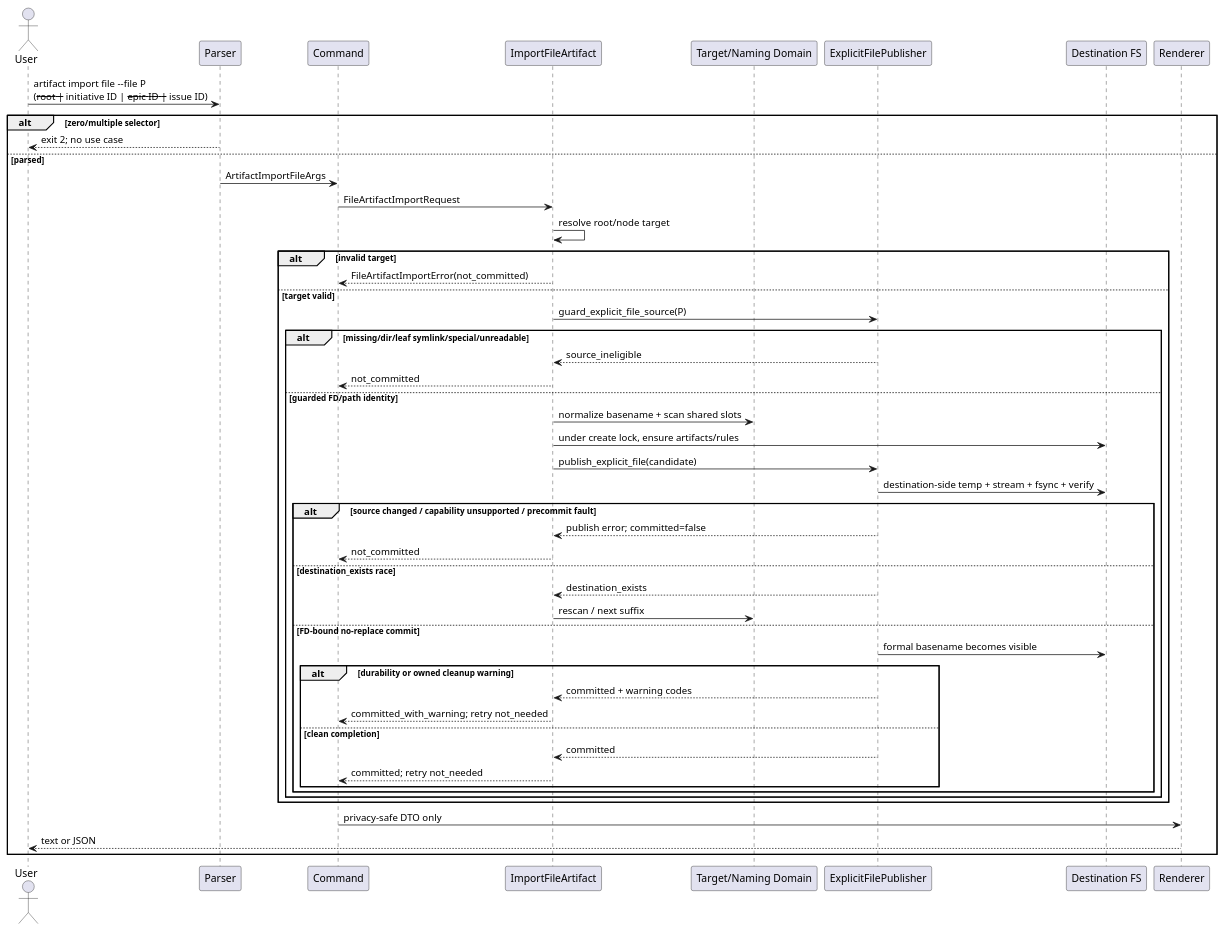
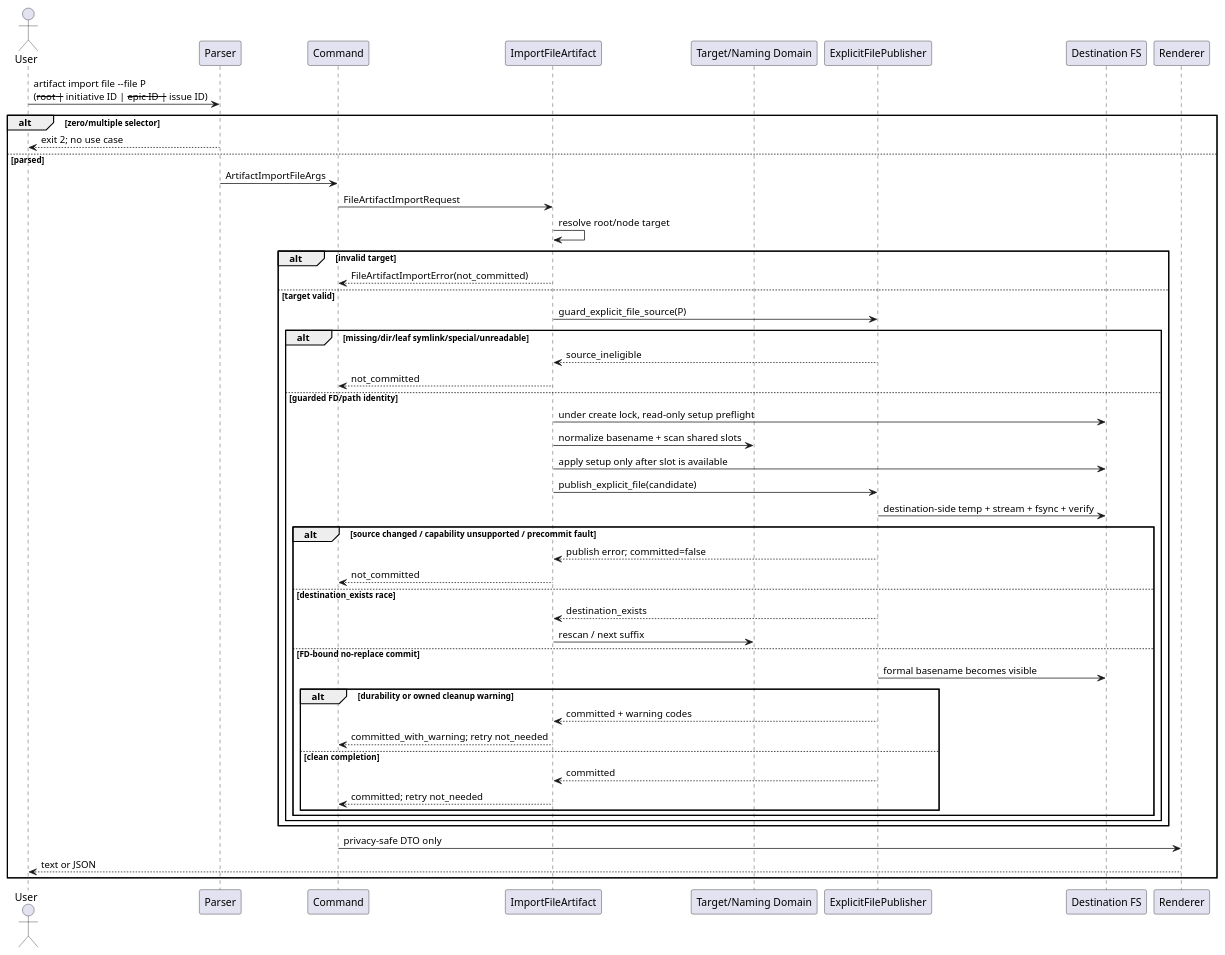
The second of 3 diagrams in spec-dock/initiatives/init-local-00002-prototype-feature-expansion/epics/epic-00343-workbench-shell-and-explicit-file-artifact-import/issues/iss-00345-generic-single-file-artifact-import/design.md (chemitaro/spec-dock), drawn with PlantUML before and after one commit. The commit also changed other lines of this file and 2 other files, not shown here.

````diff
--- a/spec-dock/initiatives/init-local-00002-prototype-feature-expansion/epics/epic-00343-workbench-shell-and-explicit-file-artifact-import/issues/iss-00345-generic-single-file-artifact-import/design.md
+++ b/spec-dock/initiatives/init-local-00002-prototype-feature-expansion/epics/epic-00343-workbench-shell-and-explicit-file-artifact-import/issues/iss-00345-generic-single-file-artifact-import/design.md
@@ -576,53 +600,54 @@
 ```plantuml
 @startuml
 actor User
 participant Parser
 participant Command
 participant "ImportFileArtifact" as App
 participant "Target/Naming Domain" as Domain
 participant "ExplicitFilePublisher" as Infra
 participant "Destination FS" as FS
 participant Renderer
 
 User -> Parser : artifact import file --file P\n(--root | --initiative ID | --epic ID | --issue ID)
 alt zero/multiple selector
   Parser --> User : exit 2; no use case
 else parsed
   Parser -> Command : ArtifactImportFileArgs
   Command -> App : FileArtifactImportRequest
   App -> App : resolve root/node target
   alt invalid target
     App --> Command : FileArtifactImportError(not_committed)
   else target valid
     App -> Infra : guard_explicit_file_source(P)
     alt missing/dir/leaf symlink/special/unreadable
       Infra --> App : source_ineligible
       App --> Command : not_committed
     else guarded FD/path identity
+      App -> FS : under create lock, read-only setup preflight
       App -> Domain : normalize basename + scan shared slots
-      App -> FS : under create lock, ensure artifacts/rules
+      App -> FS : apply setup only after slot is available
       App -> Infra : publish_explicit_file(candidate)
       Infra -> FS : destination-side temp + stream + fsync + verify
       alt source changed / capability unsupported / precommit fault
         Infra --> App : publish error; committed=false
         App --> Command : not_committed
       else destination_exists race
         Infra --> App : destination_exists
         App -> Domain : rescan / next suffix
       else FD-bound no-replace commit
         Infra -> FS : formal basename becomes visible
         alt durability or owned cleanup warning
           Infra --> App : committed + warning codes
           App --> Command : committed_with_warning; retry not_needed
         else clean completion
           Infra --> App : committed
           App --> Command : committed; retry not_needed
         end
       end
     end
   end
   Command -> Renderer : privacy-safe DTO only
   Renderer --> User : text or JSON
 end
 @enduml
 ```
````
